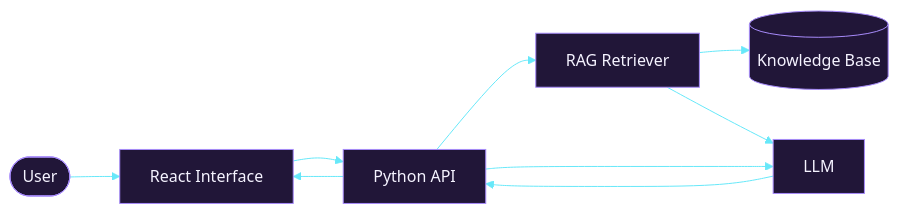
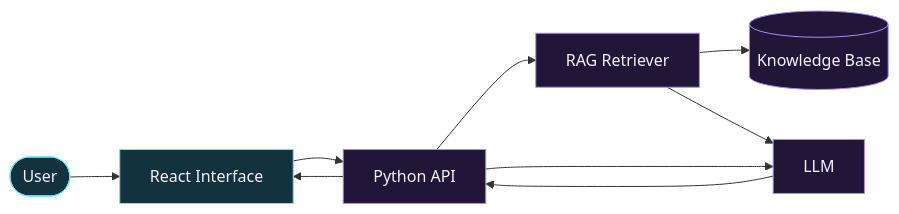
One commit to amiiiiiitz/amiiiiiitz changed the second of 3 diagrams in README.md. Above: the diagram before and after it, drawn with Mermaid. The commit also changed other lines of this file, not shown here.

````diff
--- a/README.md
+++ b/README.md
@@ -160,12 +155,15 @@
 ```mermaid
-%%{init: {'theme':'base','themeVariables':{'primaryColor':'#211638','primaryTextColor':'#F5F3FF','primaryBorderColor':'#A78BFA','lineColor':'#67E8F9'}}}%%
 flowchart LR
     U([User]) --> UI[React Interface]
     UI --> API[Python API]
     API --> RAG[RAG Retriever]
     RAG --> KB[(Knowledge Base)]
     RAG --> LLM[LLM]
     API --> LLM
     LLM --> API
     API --> UI
+    classDef front fill:#12323D,stroke:#67E8F9,color:#F5F3FF;
+    classDef core fill:#211638,stroke:#A78BFA,color:#F5F3FF;
+    class U,UI front;
+    class API,RAG,KB,LLM core;
 ```
````
